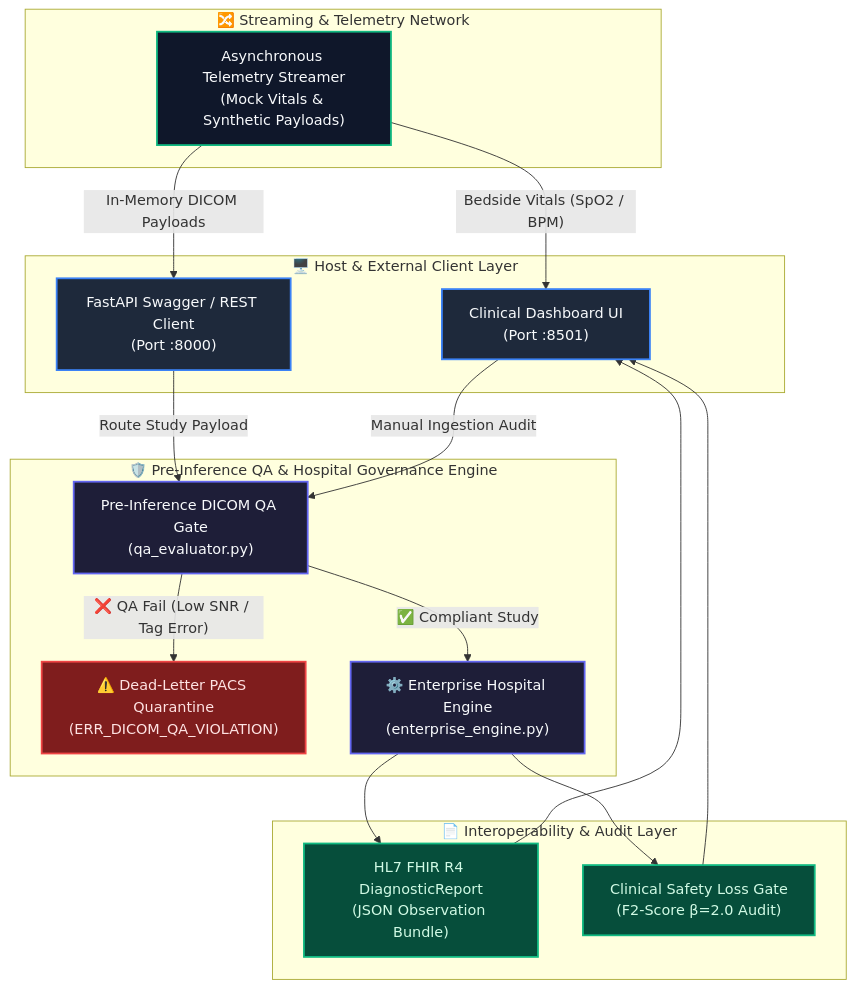
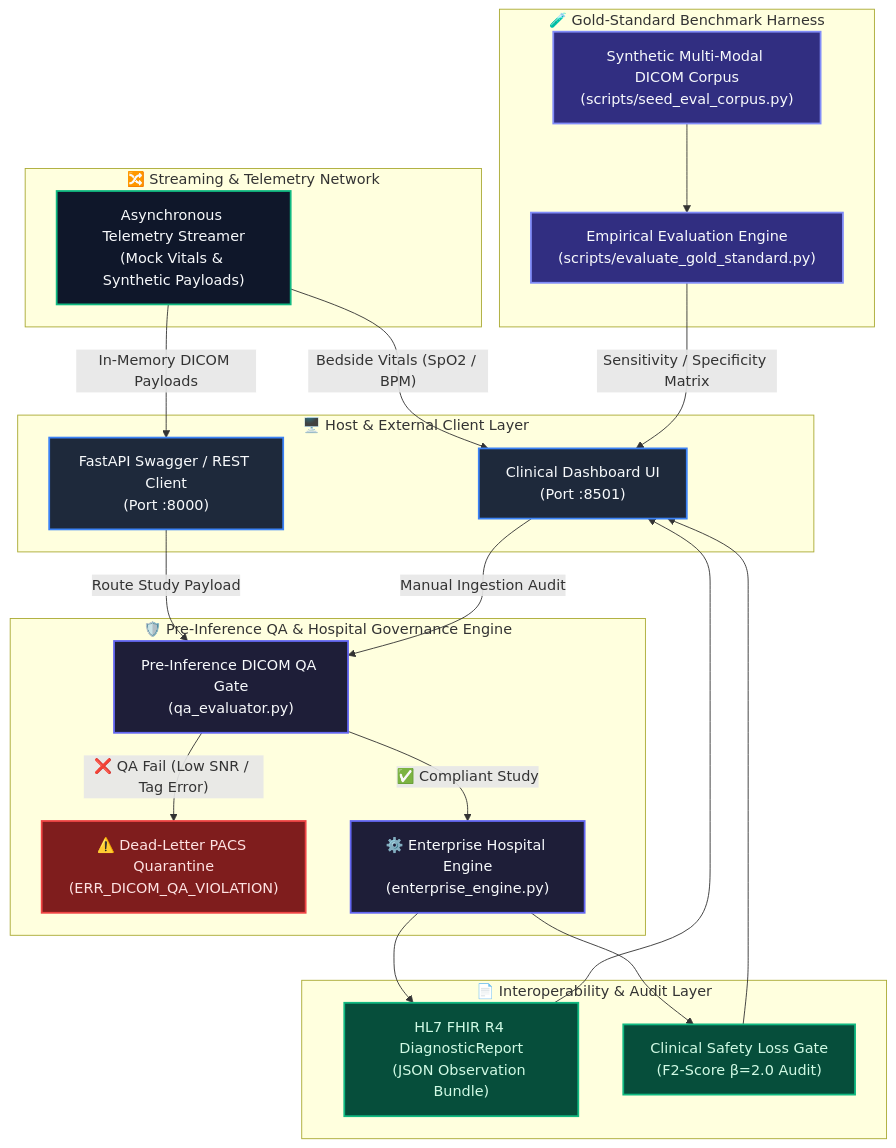
Before and after one commit to dammyoguntuyi-ui/Clinical-AI-Triage-Pipeline: the diagram in README.md, drawn with Mermaid. The commit also changed other lines of this file, not shown here.

Commit message:
docs: enrich architecture with empirical gold-standard validation corpus and benchmark metrics

````diff
--- a/README.md
+++ b/README.md
@@ -34,43 +52,50 @@
 ```mermaid
 flowchart TD
     subgraph Client["🖥️ Host & External Client Layer"]
         UI["Clinical Dashboard UI<br/>(Port :8501)"]
         API["FastAPI Swagger / REST Client<br/>(Port :8000)"]
     end
 
     subgraph Streaming["🔀 Streaming & Telemetry Network"]
         Streamer["Asynchronous Telemetry Streamer<br/>(Mock Vitals & Synthetic Payloads)"]
         Streamer -->|"Bedside Vitals (SpO2 / BPM)"| UI
         Streamer -->|"In-Memory DICOM Payloads"| API
     end
 
     subgraph Governance["🛡️ Pre-Inference QA & Hospital Governance Engine"]
         API -->|"Route Study Payload"| QAGate["Pre-Inference DICOM QA Gate<br/>(qa_evaluator.py)"]
         UI -->|"Manual Ingestion Audit"| QAGate
         
         QAGate -->|"❌ QA Fail (Low SNR / Tag Error)"| Quarantine["⚠️ Dead-Letter PACS Quarantine<br/>(ERR_DICOM_QA_VIOLATION)"]
         QAGate -->|"✅ Compliant Study"| Engine["⚙️ Enterprise Hospital Engine<br/>(enterprise_engine.py)"]
     end
 
+    subgraph Validation["🧪 Gold-Standard Benchmark Harness"]
+        Corpus["Synthetic Multi-Modal DICOM Corpus<br/>(scripts/seed_eval_corpus.py)"] --> Evaluator["Empirical Evaluation Engine<br/>(scripts/evaluate_gold_standard.py)"]
+        Evaluator -->|"Sensitivity / Specificity Matrix"| UI
+    end
+
     subgraph Dispatch["📄 Interoperability & Audit Layer"]
         FHIRReport["HL7 FHIR R4 DiagnosticReport<br/>(JSON Observation Bundle)"]
         SafetyLoss["Clinical Safety Loss Gate<br/>(F2-Score β=2.0 Audit)"]
     end
 
     Engine --> FHIRReport
     Engine --> SafetyLoss
     FHIRReport --> UI
     SafetyLoss --> UI
 
     classDef client fill:#1e293b,stroke:#3b82f6,stroke-width:2px,color:#f8fafc;
     classDef streamer fill:#0f172a,stroke:#10b981,stroke-width:2px,color:#f8fafc;
     classDef governance fill:#1e1e38,stroke:#6366f1,stroke-width:2px,color:#f8fafc;
     classDef danger fill:#7f1d1d,stroke:#ef4444,stroke-width:2px,color:#fee2e2;
     classDef dispatch fill:#064e3b,stroke:#10b981,stroke-width:2px,color:#d1fae5;
+    classDef validation fill:#312e81,stroke:#818cf8,stroke-width:2px,color:#f8fafc;
 
     class UI,API client;
     class Streamer streamer;
     class QAGate,Engine governance;
     class Quarantine danger;
     class FHIRReport,SafetyLoss dispatch;
+    class Corpus,Evaluator validation;
 ```
````
